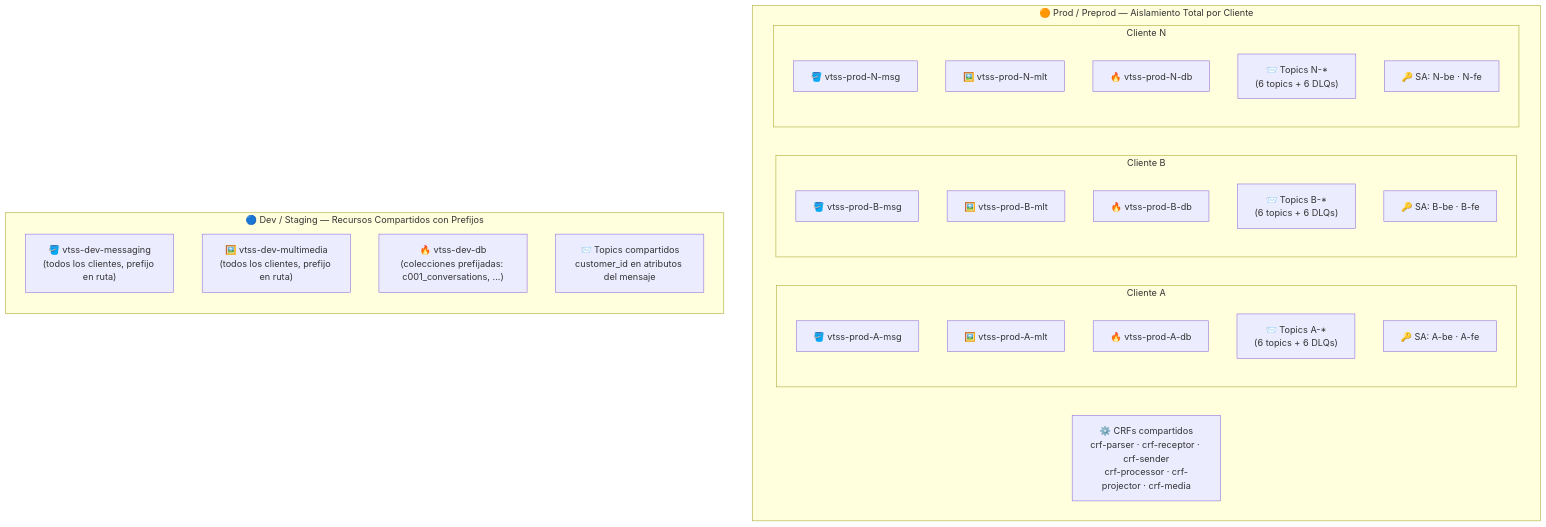
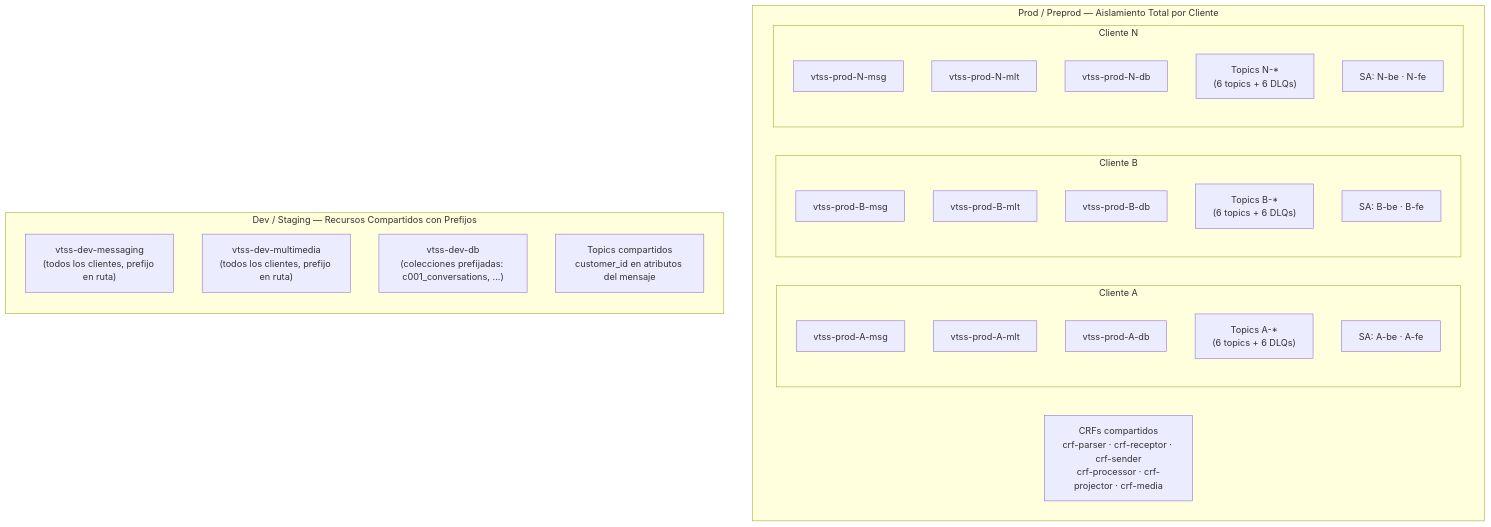
The ninth of 10 diagrams in vitesse_terraform_design.md (marioguaqueta/vitesse-message-pub-sub-service), drawn with Mermaid before and after one commit. The commit also changed other lines of this file and 1 other file, not shown here.

````diff
--- a/vitesse_terraform_design.md
+++ b/vitesse_terraform_design.md
@@ -839,43 +839,43 @@
 ```mermaid
 graph TB
-    subgraph PROD["🟠 Prod / Preprod — Aislamiento Total por Cliente"]
-        direction LR
+  subgraph PROD["Prod / Preprod — Aislamiento Total por Cliente"]
+    direction LR
 
-        subgraph cA["Cliente A"]
-            direction TB
-            a1["🪣 vtss-prod-A-msg"]
-            a2["🖼️ vtss-prod-A-mlt"]
-            a3["🔥 vtss-prod-A-db"]
-            a4["📨 Topics A-*\n(6 topics + 6 DLQs)"]
-            a5["🔑 SA: A-be · A-fe"]
-        end
-
-        subgraph cB["Cliente B"]
-            direction TB
-            b1["🪣 vtss-prod-B-msg"]
-            b2["🖼️ vtss-prod-B-mlt"]
-            b3["🔥 vtss-prod-B-db"]
-            b4["📨 Topics B-*\n(6 topics + 6 DLQs)"]
-            b5["🔑 SA: B-be · B-fe"]
-        end
-
-        subgraph cN["Cliente N"]
-            direction TB
-            n1["🪣 vtss-prod-N-msg"]
-            n2["🖼️ vtss-prod-N-mlt"]
-            n3["🔥 vtss-prod-N-db"]
-            n4["📨 Topics N-*\n(6 topics + 6 DLQs)"]
-            n5["🔑 SA: N-be · N-fe"]
-        end
-
-        shared_crf["⚙️ CRFs compartidos\ncrf-parser · crf-receptor · crf-sender\ncrf-processor · crf-projector · crf-media"]
+    subgraph cA["Cliente A"]
+      direction TB
+      a1["vtss-prod-A-msg"]
+      a2["vtss-prod-A-mlt"]
+      a3["vtss-prod-A-db"]
+      a4["Topics A-*\n(6 topics + 6 DLQs)"]
+      a5["SA: A-be · A-fe"]
     end
 
-    subgraph DEV["🔵 Dev / Staging — Recursos Compartidos con Prefijos"]
-        direction TB
-        d1["🪣 vtss-dev-messaging\n(todos los clientes, prefijo en ruta)"]
-        d2["🖼️ vtss-dev-multimedia\n(todos los clientes, prefijo en ruta)"]
-        d3["🔥 vtss-dev-db\n(colecciones prefijadas: c001_conversations, ...)"]
-        d4["📨 Topics compartidos\ncustomer_id en atributos del mensaje"]
+    subgraph cB["Cliente B"]
+      direction TB
+      b1["vtss-prod-B-msg"]
+      b2["vtss-prod-B-mlt"]
+      b3["vtss-prod-B-db"]
+      b4["Topics B-*\n(6 topics + 6 DLQs)"]
+      b5["SA: B-be · B-fe"]
     end
+
+    subgraph cN["Cliente N"]
+      direction TB
+      n1["vtss-prod-N-msg"]
+      n2["vtss-prod-N-mlt"]
+      n3["vtss-prod-N-db"]
+      n4["Topics N-*\n(6 topics + 6 DLQs)"]
+      n5["SA: N-be · N-fe"]
+    end
+
+    shared_crf["CRFs compartidos\ncrf-parser · crf-receptor · crf-sender\ncrf-processor · crf-projector · crf-media"]
+  end
+
+  subgraph DEV["Dev / Staging — Recursos Compartidos con Prefijos"]
+    direction TB
+    d1["vtss-dev-messaging\n(todos los clientes, prefijo en ruta)"]
+    d2["vtss-dev-multimedia\n(todos los clientes, prefijo en ruta)"]
+    d3["vtss-dev-db\n(colecciones prefijadas: c001_conversations, ...)"]
+    d4["Topics compartidos\ncustomer_id en atributos del mensaje"]
+  end
 ```
````
